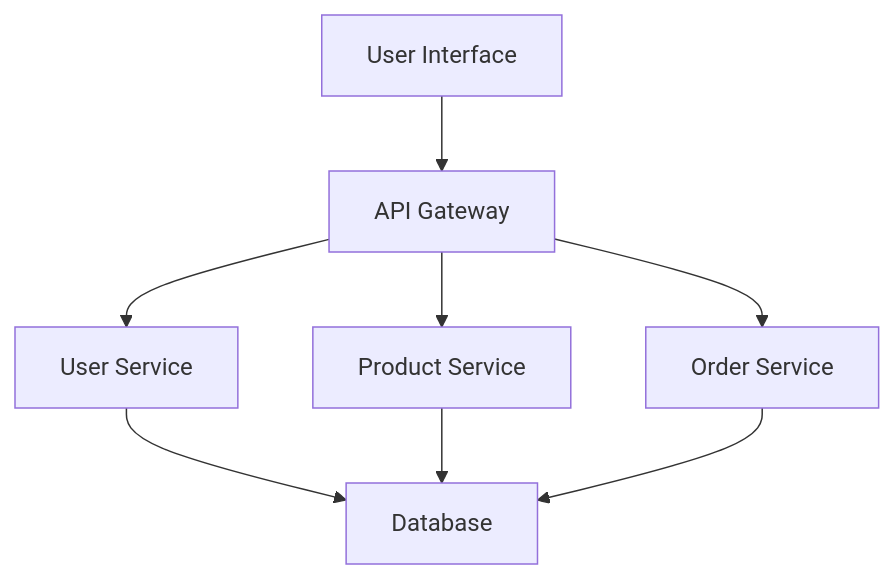
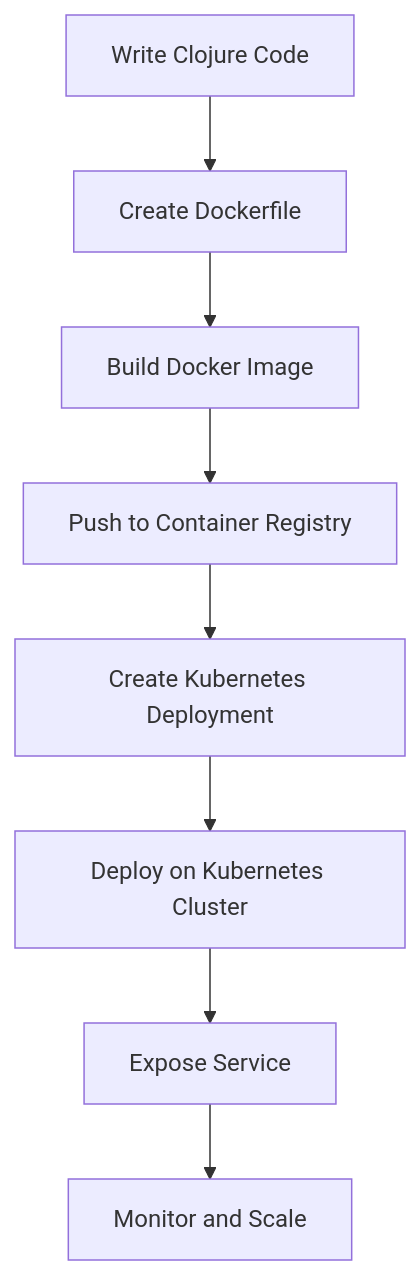
The diagram in content/3/24/2/index.md (MasteryEducation/ClojureForJava.com), drawn with Mermaid before and after one commit. The commit also changed other lines of this file and 74 other files, not shown here.

````diff
--- a/content/3/24/2/index.md
+++ b/content/3/24/2/index.md
@@ -185,10 +226,10 @@
 ```mermaid
 graph TD;
-    A[User Interface] --> B[API Gateway];
-    B --> C[User Service];
-    B --> D[Product Service];
-    B --> E[Order Service];
-    C --> F[Database];
-    D --> F;
-    E --> F;
+    A[Write Clojure Code] --> B[Create Dockerfile];
+    B --> C[Build Docker Image];
+    C --> D[Push to Container Registry];
+    D --> E[Create Kubernetes Deployment];
+    E --> F[Deploy on Kubernetes Cluster];
+    F --> G[Expose Service];
+    G --> H[Monitor and Scale];
 ```
````
